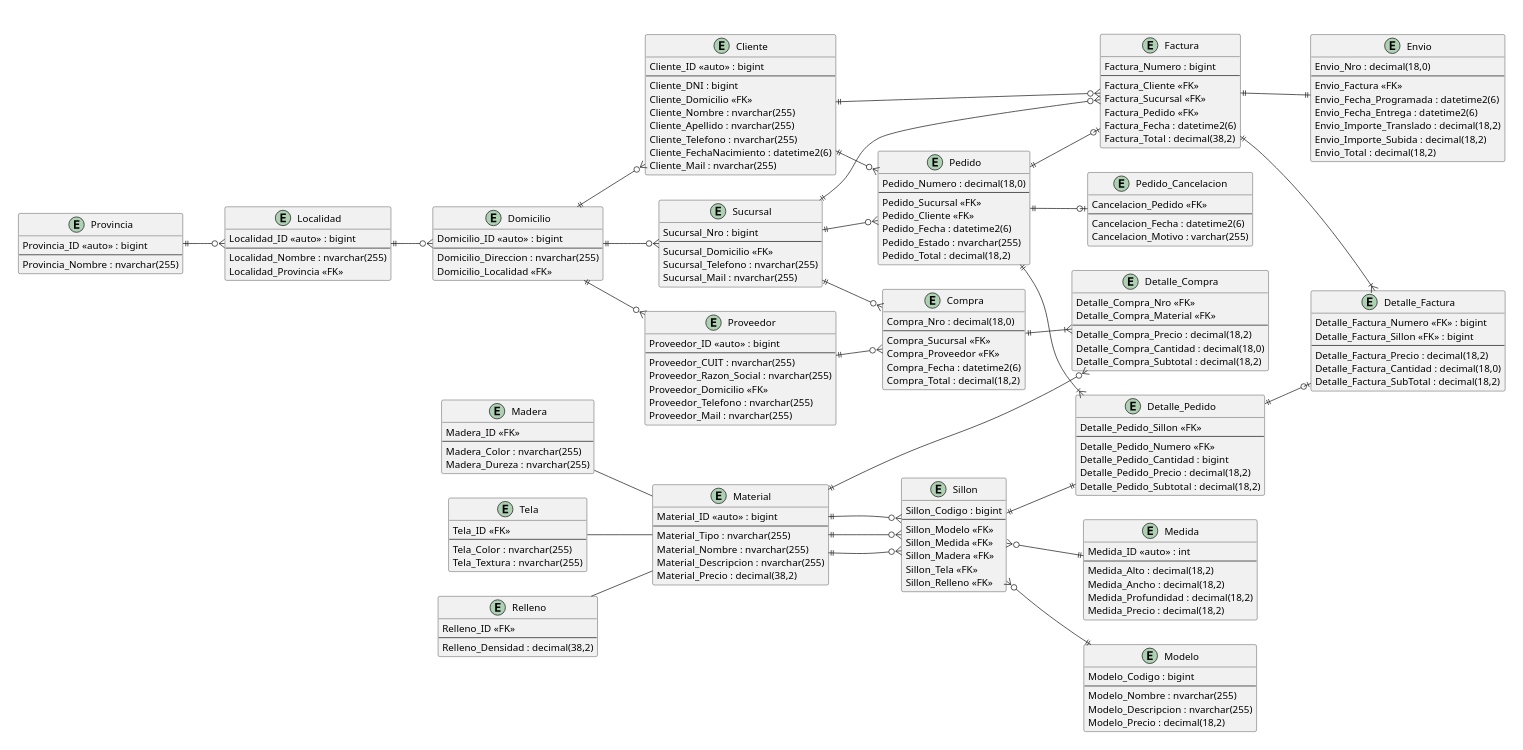
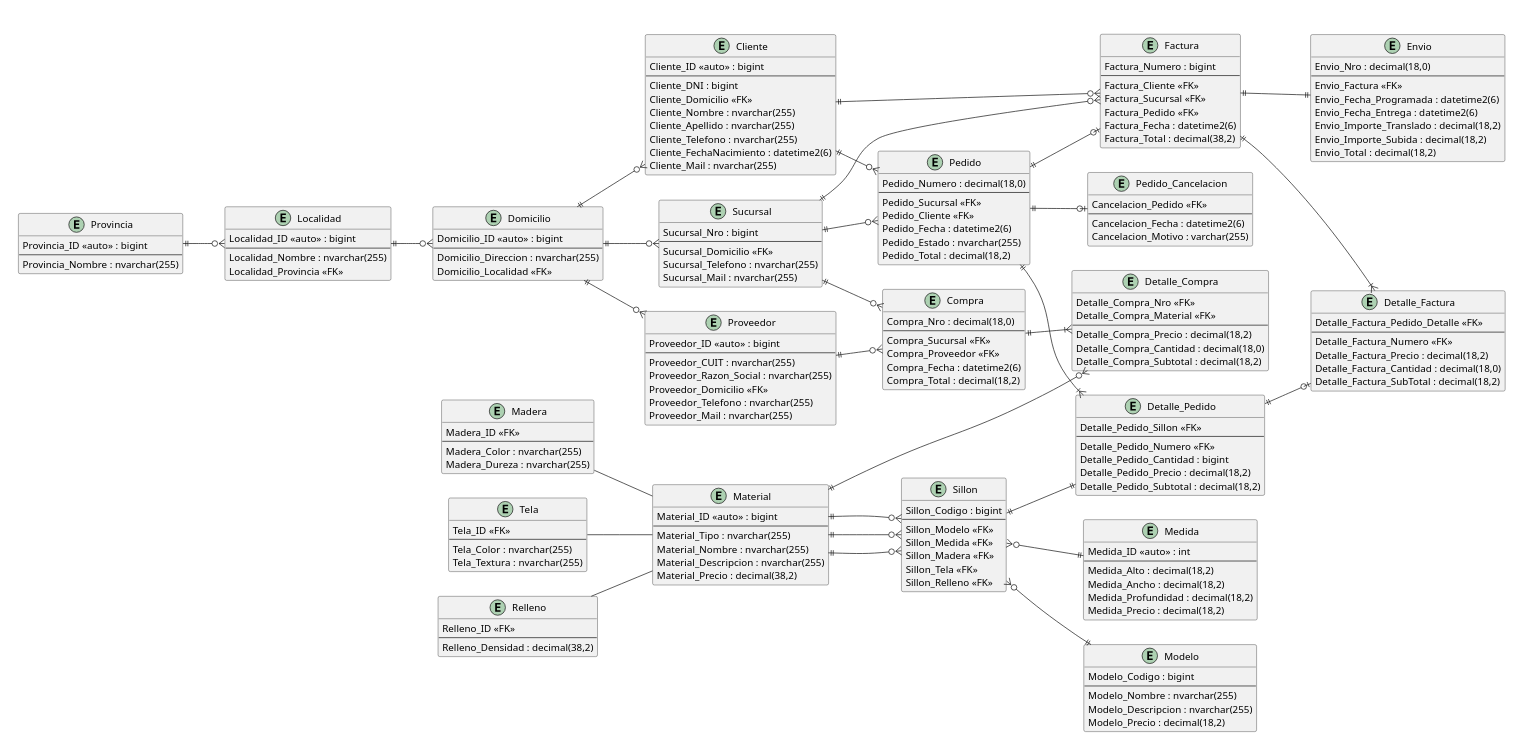
The diagram in DER.puml (JuanManuelRama/BasesDeDatos), drawn with PlantUML before and after one commit.

Commit message:
Det_factura tiene como única PK al det_pedido

```diff
--- a/DER.puml
+++ b/DER.puml
@@ -207,9 +207,9 @@
     Factura_Total : decimal(38,2)
   }
   entity Detalle_Factura {
-    Detalle_Factura_Numero <<FK>> : bigint
-    Detalle_Factura_Sillon <<FK>> : bigint
+    Detalle_Factura_Pedido_Detalle <<FK>>
     --
+    Detalle_Factura_Numero <<FK>>
     Detalle_Factura_Precio : decimal(18,2)
     Detalle_Factura_Cantidad : decimal(18,0)
     Detalle_Factura_SubTotal : decimal(18,2)
```
